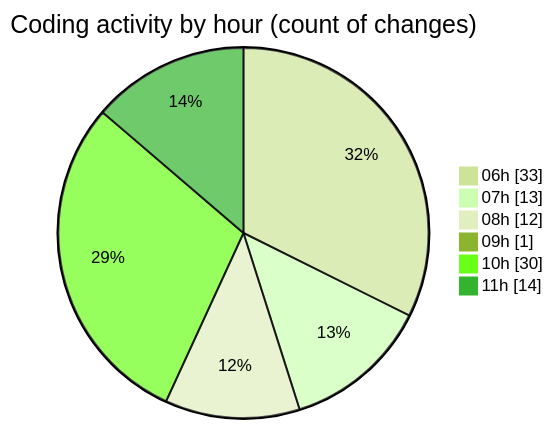
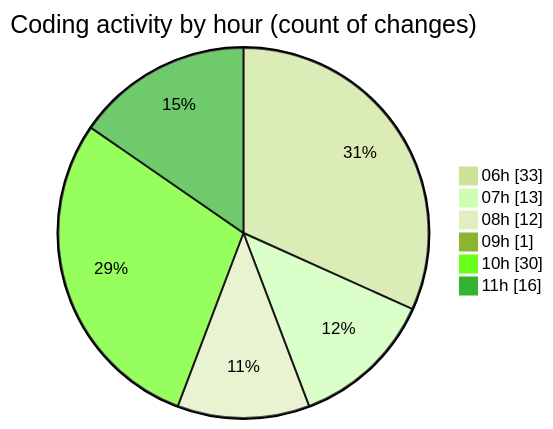
One commit to charlie-sans/code-tracking changed the second of 2 diagrams in 2025-02-21/micros/README.md. Above: the diagram before and after it, drawn with Mermaid (forest theme). The commit also changed other lines of this file and 1 other file, not shown here.

````diff
--- a/2025-02-21/micros/README.md
+++ b/2025-02-21/micros/README.md
@@ -81,10 +81,10 @@
 ```mermaid
 pie showData
 title Coding activity by hour (count of changes)
 "06h" : 33
 "07h" : 13
 "08h" : 12
 "09h" : 1
 "10h" : 30
-"11h" : 14
+"11h" : 16
 ```
````
